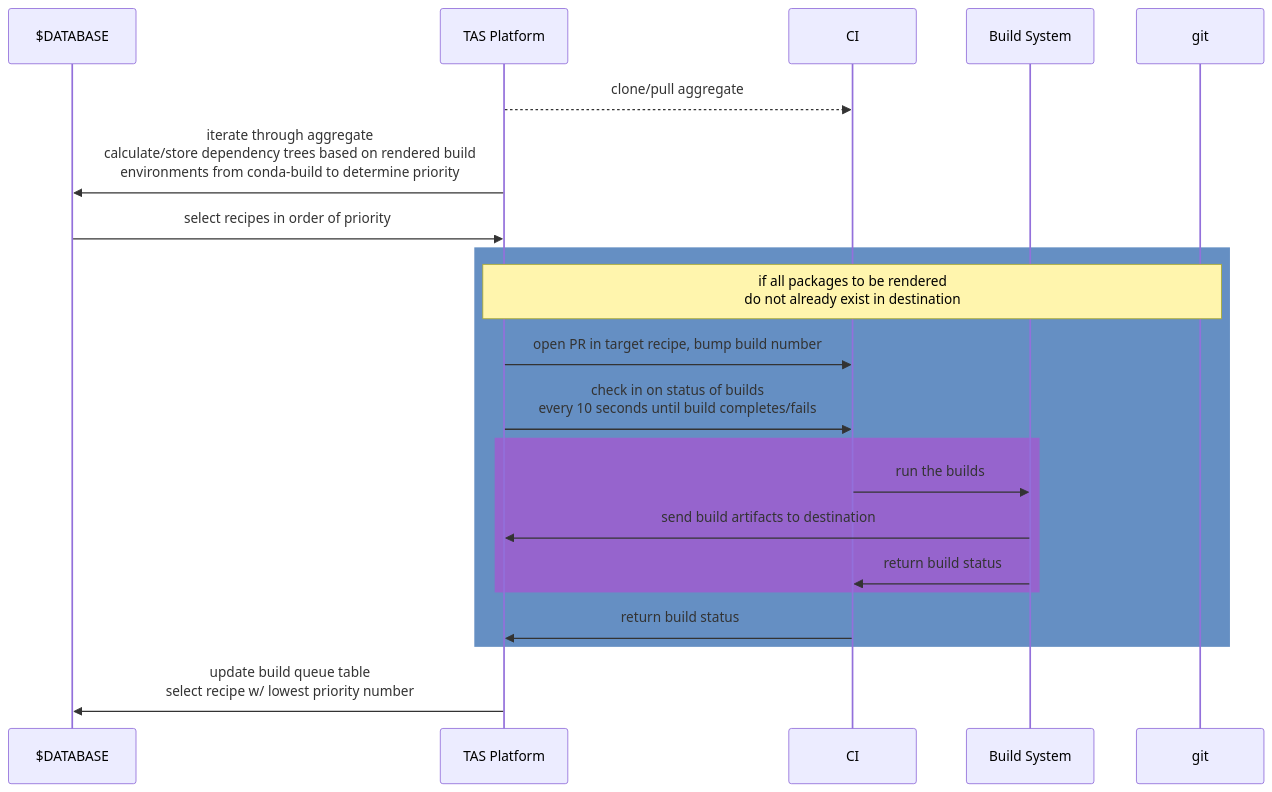
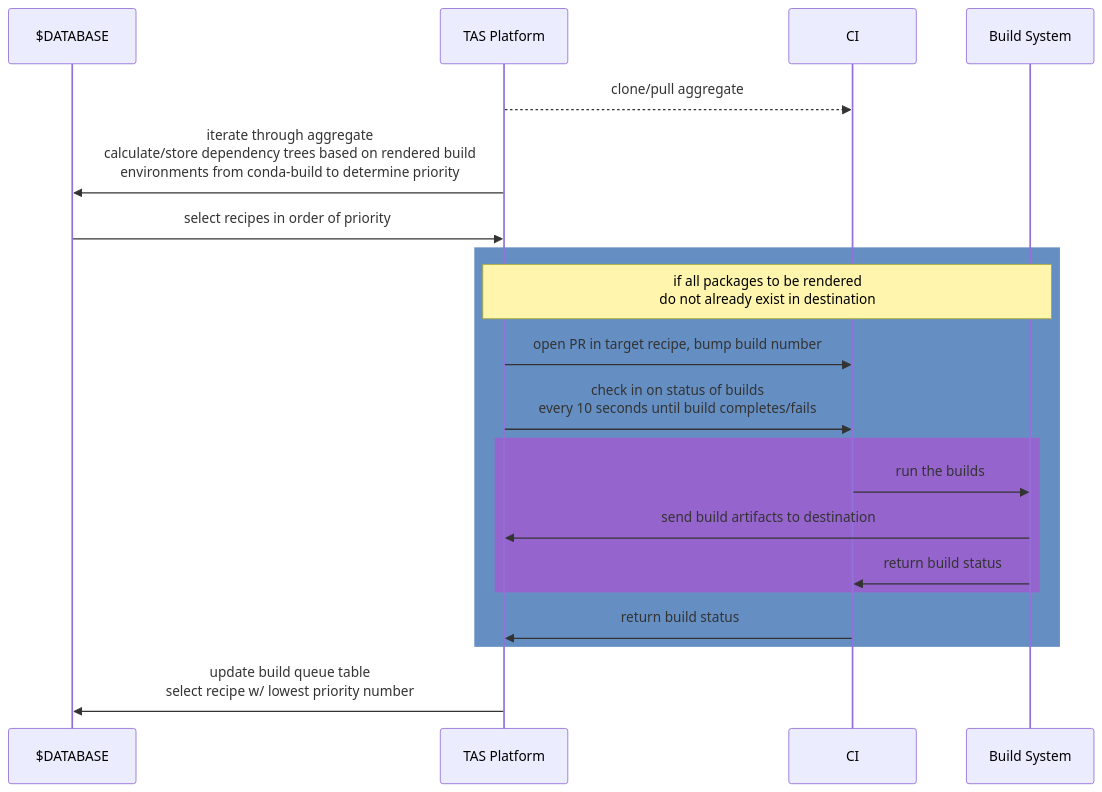
One commit to mxava/tas-platform changed the diagram in docs/architecture.md. Above: the diagram before and after it, drawn with Mermaid.

````diff
--- a/docs/architecture.md
+++ b/docs/architecture.md
@@ -3,22 +3,22 @@
 ```mermaid
 sequenceDiagram
     participant $DATABASE
     participant TAS Platform
     participant CI
     participant Build System
     TAS Platform-->>CI: clone/pull aggregate
     TAS Platform->>$DATABASE: iterate through aggregate<br/>calculate/store dependency trees based on rendered build<br/>environments from conda-build to determine priority
     $DATABASE->>TAS Platform: select recipes in order of priority
     rect rgb(101, 143, 195)
-    Note over TAS Platform,git: if all packages to be rendered<br/>do not already exist in destination
+    Note over TAS Platform,Build System: if all packages to be rendered<br/>do not already exist in destination
     TAS Platform->>CI: open PR in target recipe, bump build number
     TAS Platform->>CI: check in on status of builds<br/>every 10 seconds until build completes/fails
     rect rgb(150, 100, 205)
     CI->>Build System: run the builds
     Build System->>TAS Platform: send build artifacts to destination
     Build System->>CI: return build status
     end
     CI->>TAS Platform: return build status
     end
     TAS Platform->>$DATABASE: update build queue table<br/>select recipe w/ lowest priority number    
 ```
````
